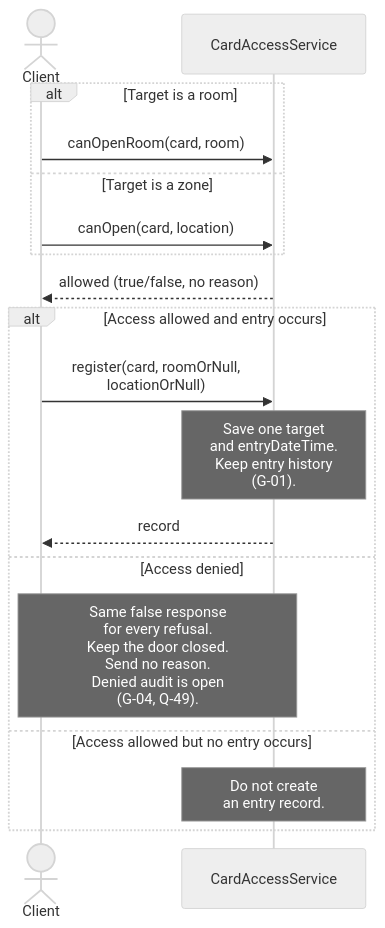
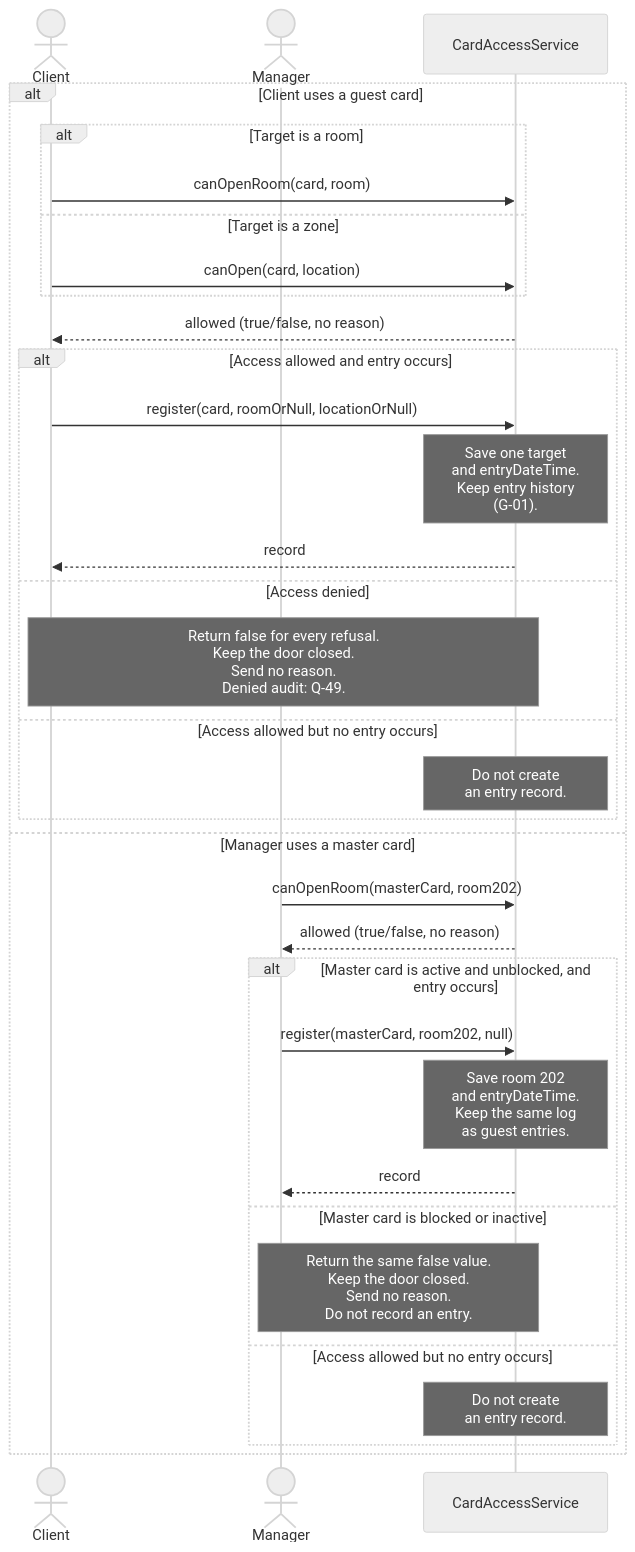
The second of 2 diagrams in docs/uml/sequence-diagrams.md (BorjaTiago/hotel4you), drawn with Mermaid before and after one commit. The commit also changed other lines of this file and 5 other files, not shown here.

Commit message:
H4Y-8 clarify deletion and extend master card access

````diff
--- a/docs/uml/sequence-diagrams.md
+++ b/docs/uml/sequence-diagrams.md
@@ -75,21 +84,36 @@
 ```mermaid
 %%{init: {"theme":"neutral","fontFamily":"Arial","sequence":{"actorFontFamily":"Arial","noteFontFamily":"Arial","messageFontFamily":"Arial","width":200,"wrap":true}}}%%
 sequenceDiagram
     actor Client
+    actor Manager
     participant CAS as CardAccessService
-    alt Target is a room
-        Client->>CAS: canOpenRoom(card, room)
-    else Target is a zone
-        Client->>CAS: canOpen(card, location)
-    end
-    CAS-->>Client: allowed (true/false, no reason)
-    alt Access allowed and entry occurs
-        Client->>CAS: register(card, roomOrNull, locationOrNull)
-        Note over CAS: Save one target<br/>and entryDateTime.<br/>Keep entry history<br/>(G-01).
-        CAS-->>Client: record
-    else Access denied
-        Note over Client,CAS: Same false response<br/>for every refusal.<br/>Keep the door closed.<br/>Send no reason.<br/>Denied audit is open<br/>(G-04, Q-49).
-    else Access allowed but no entry occurs
-        Note over CAS: Do not create<br/>an entry record.
+    alt Client uses a guest card
+        alt Target is a room
+            Client->>CAS: canOpenRoom(card, room)
+        else Target is a zone
+            Client->>CAS: canOpen(card, location)
+        end
+        CAS-->>Client: allowed (true/false, no reason)
+        alt Access allowed and entry occurs
+            Client->>CAS: register(card, roomOrNull, locationOrNull)
+            Note over CAS: Save one target<br/>and entryDateTime.<br/>Keep entry history<br/>(G-01).
+            CAS-->>Client: record
+        else Access denied
+            Note over Client,CAS: Return false for every refusal.<br/>Keep the door closed.<br/>Send no reason.<br/>Denied audit: Q-49.
+        else Access allowed but no entry occurs
+            Note over CAS: Do not create<br/>an entry record.
+        end
+    else Manager uses a master card
+        Manager->>CAS: canOpenRoom(masterCard, room202)
+        CAS-->>Manager: allowed (true/false, no reason)
+        alt Master card is active and unblocked, and entry occurs
+            Manager->>CAS: register(masterCard, room202, null)
+            Note over CAS: Save room 202<br/>and entryDateTime.<br/>Keep the same log<br/>as guest entries.
+            CAS-->>Manager: record
+        else Master card is blocked or inactive
+            Note over Manager,CAS: Return the same false value.<br/>Keep the door closed.<br/>Send no reason.<br/>Do not record an entry.
+        else Access allowed but no entry occurs
+            Note over CAS: Do not create<br/>an entry record.
+        end
     end
 ```
````
